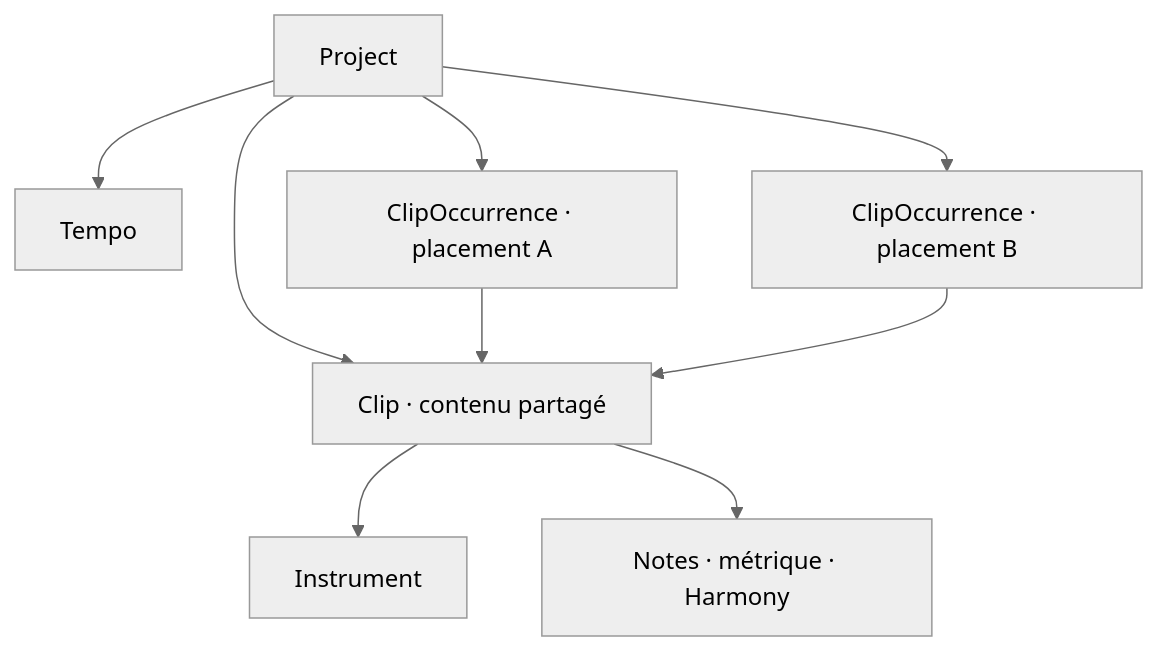
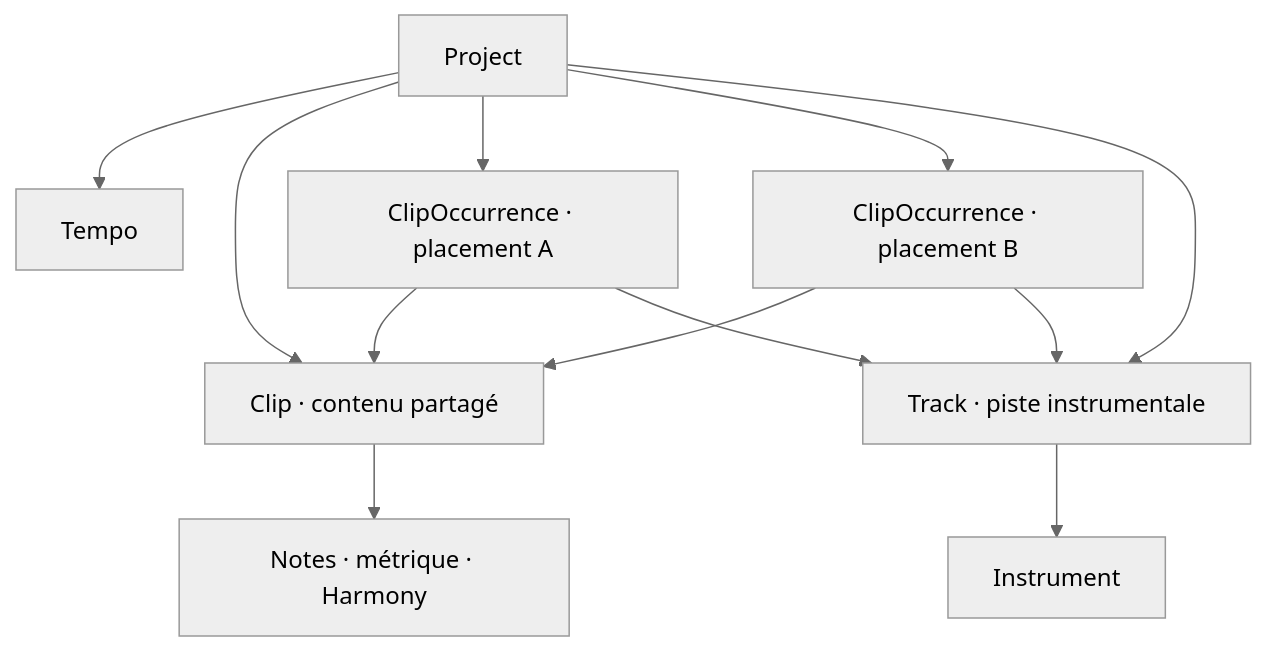
One commit to LucasBertrand/pianola-doc changed the second of 4 diagrams in architecture.md. Above: the diagram before and after it, drawn with Mermaid (neutral theme). The commit also changed other lines of this file and 1 other file, not shown here.

````diff
--- a/architecture.md
+++ b/architecture.md
@@ -86,11 +85,14 @@
 ```mermaid
 flowchart TD
     Project --> Tempo
     Project --> Clip["Clip · contenu partagé"]
     Project --> OccA["ClipOccurrence · placement A"]
     Project --> OccB["ClipOccurrence · placement B"]
     OccA --> Clip
     OccB --> Clip
-    Clip --> Instrument
+    Project --> Track["Track · piste instrumentale"]
+    OccA --> Track
+    OccB --> Track
+    Track --> Instrument
     Clip --> Content["Notes · métrique · Harmony"]
 ```
````
